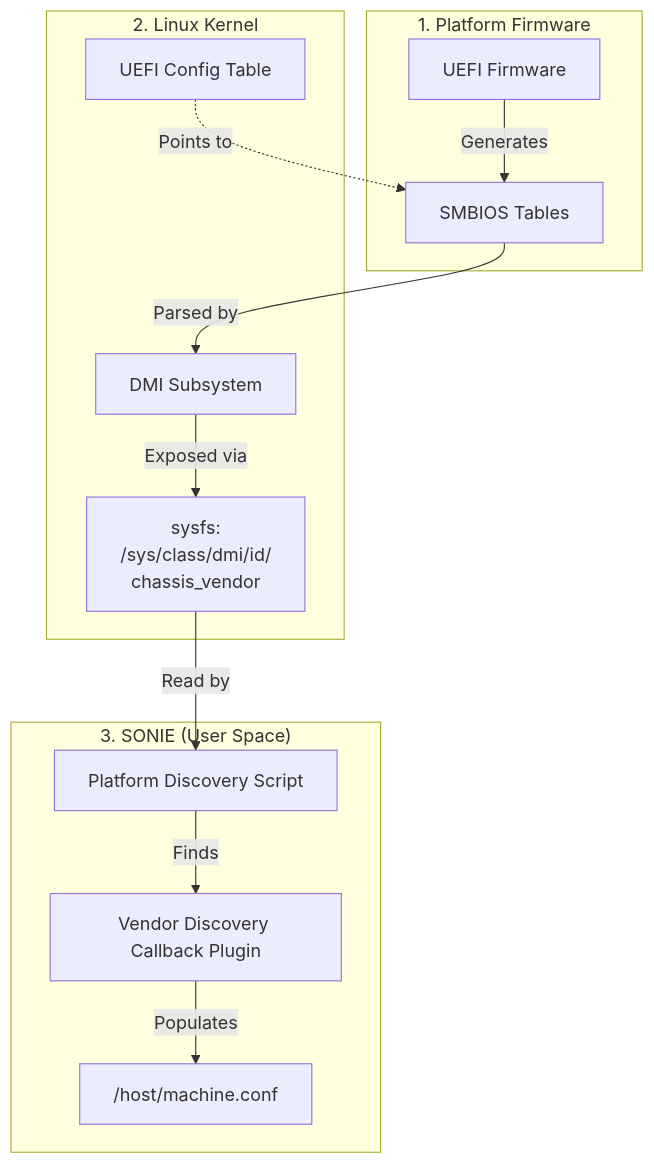
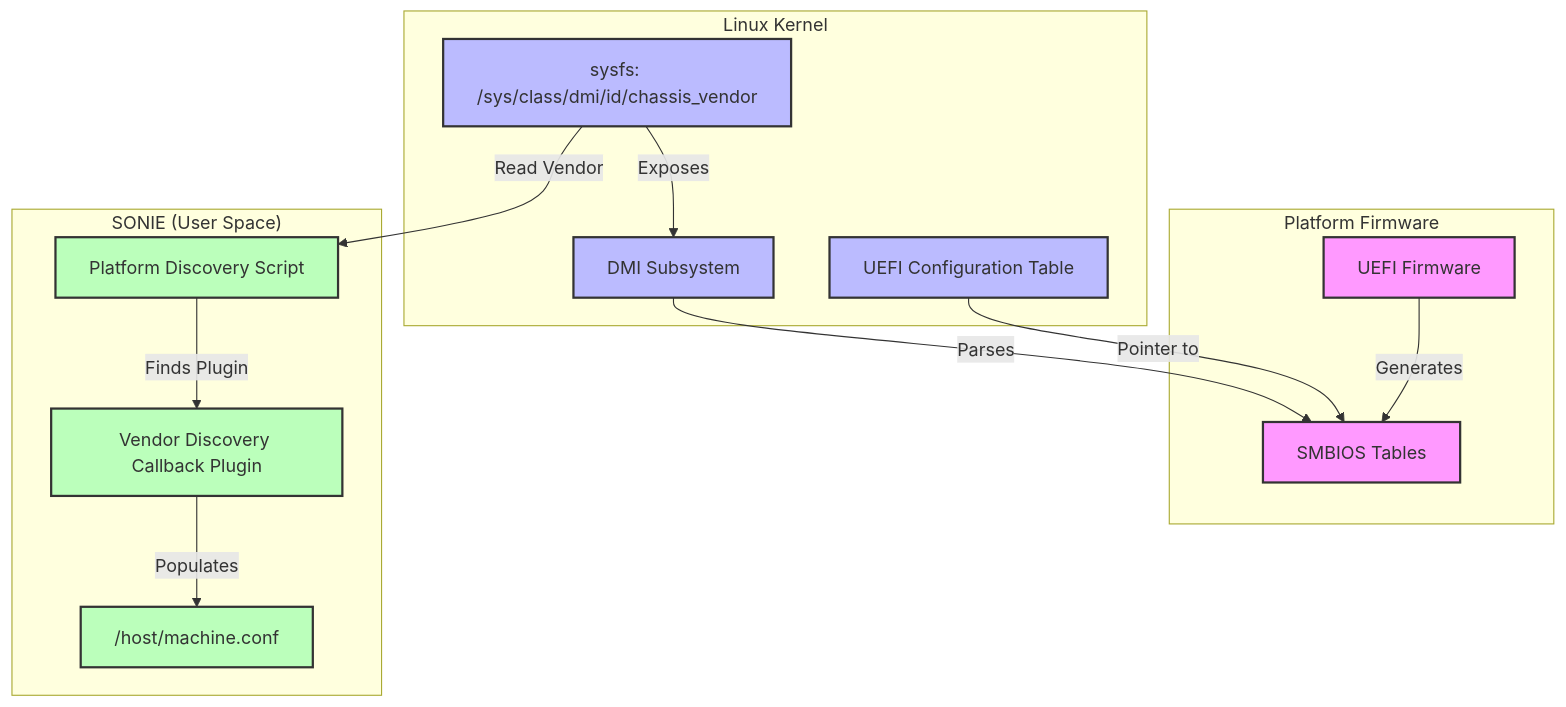
Before and after one commit to sonic-net/sonic-buildimage: the first of 2 diagrams in installer/docs/machine_conf_smbios_hld.md, drawn with Mermaid. The commit also changed other lines of this file, not shown here.

Commit message:
docs: update machine_conf_smbios_hld with factory implementation for vendor plugins

````diff
--- a/installer/docs/machine_conf_smbios_hld.md
+++ b/installer/docs/machine_conf_smbios_hld.md
@@ -34,18 +34,26 @@
 ```mermaid
 graph TD
-    subgraph Firmware ["1. Platform Firmware"]
+    classDef firmware fill:#f9f,stroke:#333,stroke-width:2px;
+    classDef kernel fill:#bbf,stroke:#333,stroke-width:2px;
+    classDef userspace fill:#bfb,stroke:#333,stroke-width:2px;
+
+    subgraph Firmware ["Platform Firmware"]
         UEFI[UEFI Firmware] -->|Generates| SMB[SMBIOS Tables]
     end
 
-    subgraph Kernel ["2. Linux Kernel"]
-        SMB -->|Parsed by| DMI[DMI Subsystem]
-        CFG[UEFI Config Table] -.->|Points to| SMB
-        DMI -->|Exposed via| SYS["sysfs:<br/>/sys/class/dmi/id/<br/>chassis_vendor"]
+    subgraph Kernel ["Linux Kernel"]
+        CFG[UEFI Configuration Table] -->|Pointer to| SMB
+        DMI[DMI Subsystem] -->|Parses| SMB
+        SYS["sysfs: /sys/class/dmi/id/chassis_vendor"] -->|Exposes| DMI
     end
 
-    subgraph UserSpace ["3. SONIE (User Space)"]
-        SYS -->|Read by| SCR[Platform Discovery Script]
-        SCR -->|Finds| CB[Vendor Discovery Callback Plugin]
+    subgraph UserSpace ["SONIE (User Space)"]
+        SYS -->|Read Vendor| SCR[Platform Discovery Script]
+        SCR -->|Finds Plugin| CB[Vendor Discovery Callback Plugin]
         CB -->|Populates| CONF["/host/machine.conf"]
     end
+
+    class UEFI,SMB firmware;
+    class CFG,DMI,SYS kernel;
+    class SCR,CB,CONF userspace;
 ```
````
